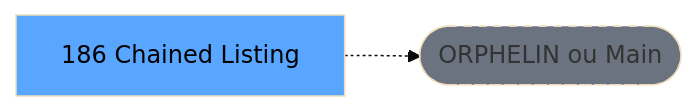
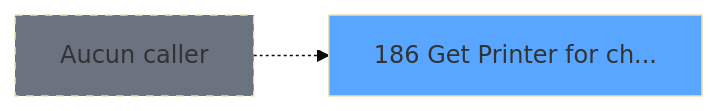
Before and after one commit to thonyAGP/magic-migration: the second of 3 diagrams in .openspec/specs/ADH-IDE-186.md, drawn with Mermaid (base theme). The commit also changed other lines of this file and 311 other files, not shown here.

````diff
--- a/.openspec/specs/ADH-IDE-186.md
+++ b/.openspec/specs/ADH-IDE-186.md
@@ -121,8 +117,8 @@
 ```mermaid
 graph LR
-    T[186 Chained Listing]
-    ORPHAN([ORPHELIN ou Main])
-    T -.-> ORPHAN
-    style T fill:#58a6ff,color:#000
-    style ORPHAN fill:#6b7280,stroke-dasharray: 5 5
+    T186[186 Get Printer for ch...]
+    style T186 fill:#58a6ff
+    NONE[Aucun caller]
+    NONE -.-> T186
+    style NONE fill:#6b7280,stroke-dasharray: 5 5
 ```
````
